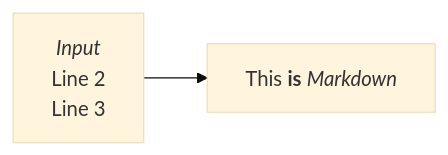
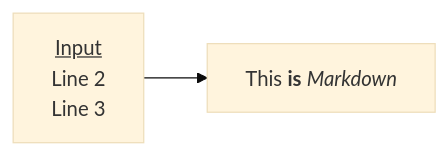
Before and after one commit to bmw-ece-ntust/wilfrid-prach-attack-analysis: the third of 3 diagrams in docs/20250307 Thesis (PRACH Attack Problem Definition).md, drawn with Mermaid (base theme).

Commit message:
Update 20250307 Thesis (PRACH Attack Problem Definition).md

````diff
--- a/docs/20250307 Thesis (PRACH Attack Problem Definition).md
+++ b/docs/20250307 Thesis (PRACH Attack Problem Definition).md
@@ -178,8 +178,8 @@
 ```mermaid
 flowchart LR
     markdown["`This **is** _Markdown_`"]
-    input["`*Input*
+    input["`<ins>Input</ins>
     Line 2
     Line 3`"]
     input --> markdown
 ```
````
